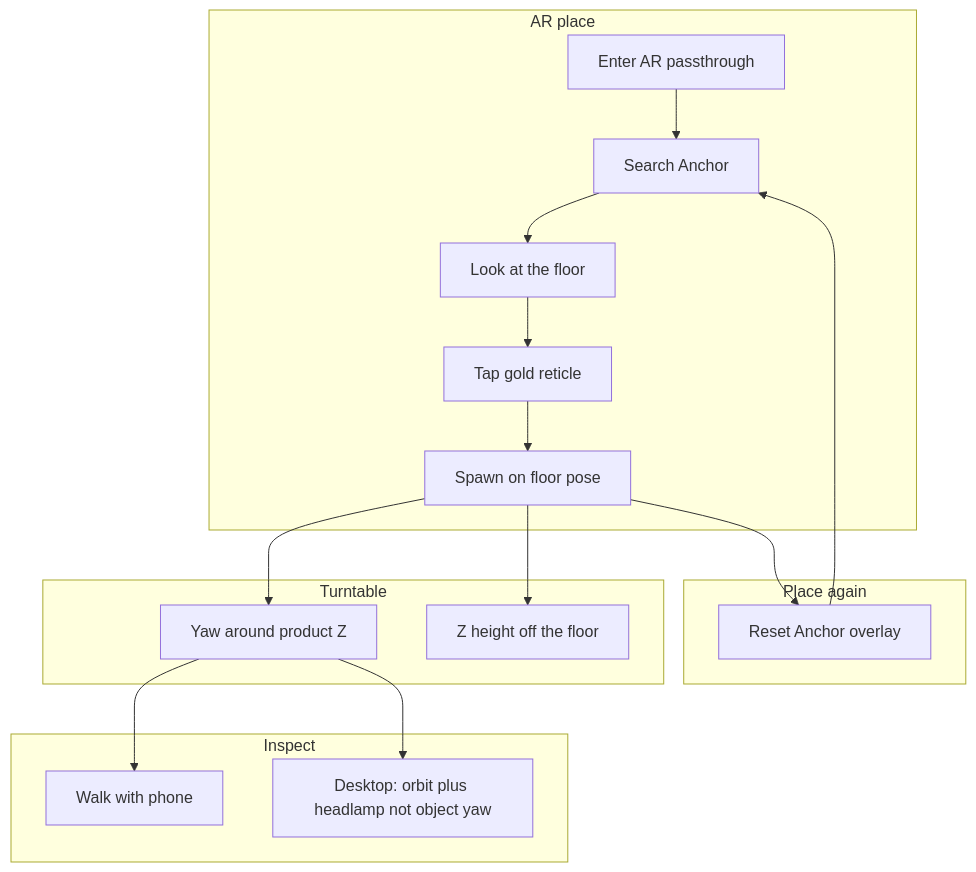
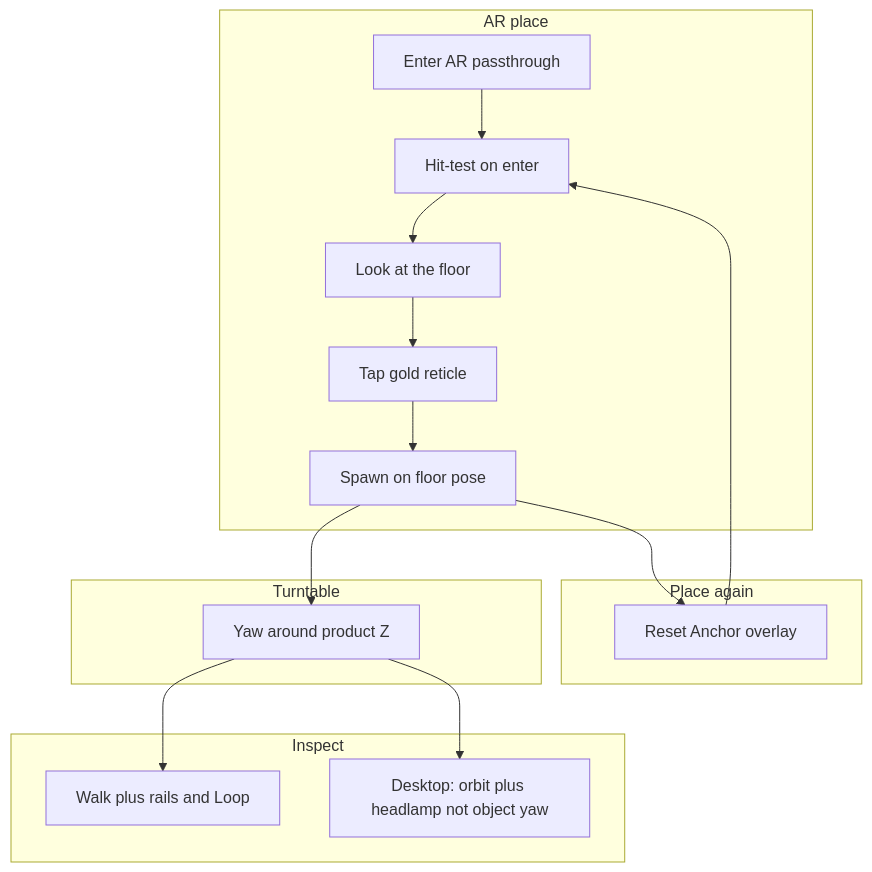
The third of 19 diagrams in docs/gui.md (PiMaV/DONNER), drawn with Mermaid before and after one commit. The commit also changed other lines of this file and 22 other files, not shown here.

````diff
--- a/docs/gui.md
+++ b/docs/gui.md
@@ -69,28 +87,26 @@
 ```mermaid
 flowchart TB
   subgraph place [AR place]
     enter[Enter AR passthrough]
-    search[Search Anchor]
+    search[Hit-test on enter]
     look[Look at the floor]
     tap[Tap gold reticle]
     lock[Spawn on floor pose]
     enter --> search --> look --> tap --> lock
   end
   subgraph turntable [Turntable]
     spin[Yaw around product Z]
-    height[Z height off the floor]
     lock --> spin
-    lock --> height
   end
   subgraph again [Place again]
     reset[Reset Anchor overlay]
     lock --> reset
     reset --> search
   end
   subgraph walk [Inspect]
-    phone[Walk with phone]
+    phone[Walk plus rails and Loop]
     desk[Desktop: orbit plus headlamp not object yaw]
     spin --> phone
     spin --> desk
   end
 ```
````
